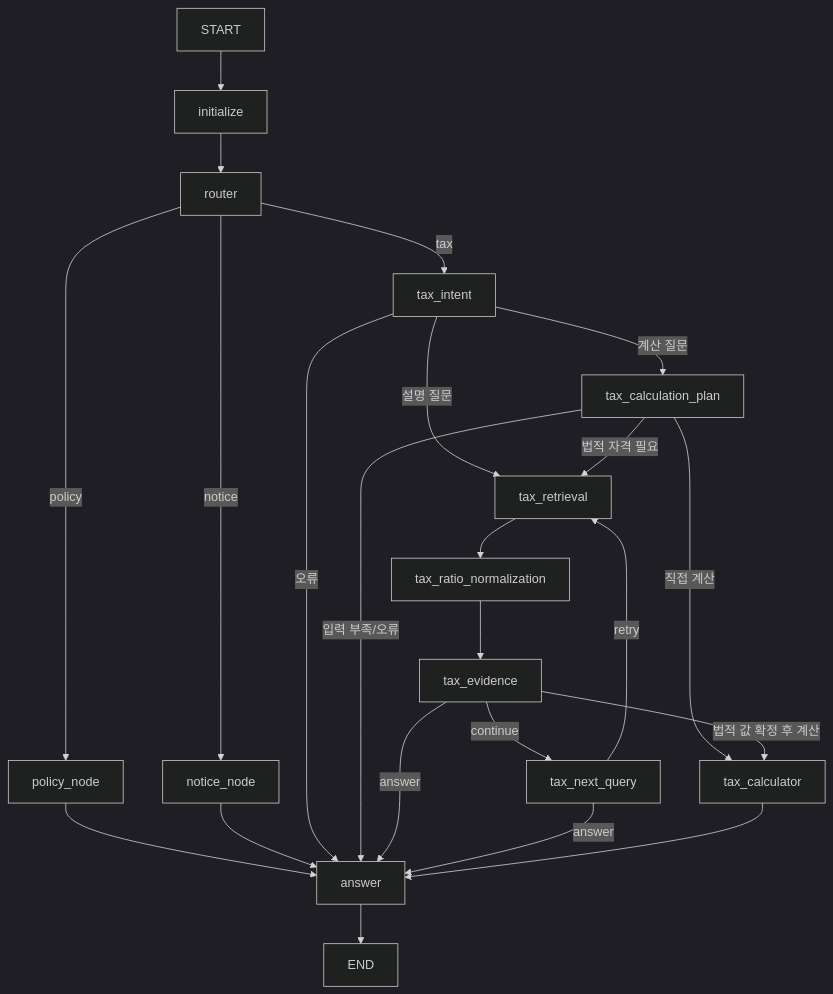
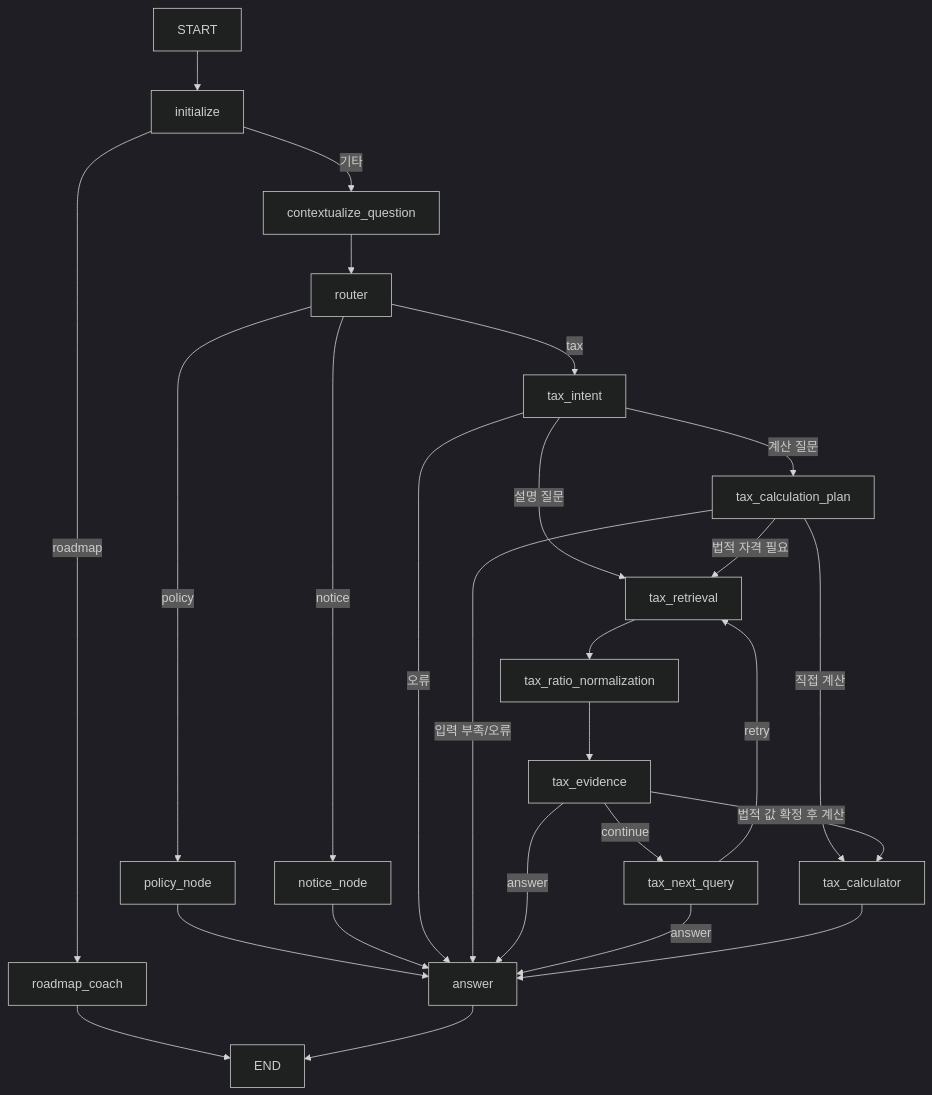
Before and after one commit to SKNETWORKS-FAMILY-AICAMP/SKN34-3rd-3Team: the diagram in LLM/LANGGRAPH_ARCHITECTURE.md, drawn with Mermaid (dark theme). The commit also changed other lines of this file and 24 other files, not shown here.

````diff
--- a/LLM/LANGGRAPH_ARCHITECTURE.md
+++ b/LLM/LANGGRAPH_ARCHITECTURE.md
@@ -132,33 +146,36 @@
 ```mermaid
 flowchart TD
     START --> initialize
-    initialize --> router
+    initialize -->|roadmap| roadmap_coach
+    roadmap_coach --> END
+    initialize -->|기타| contextualize_question
+    contextualize_question --> router
 
     router -->|policy| policy_node
     policy_node --> answer
 
     router -->|notice| notice_node
     notice_node --> answer
 
     router -->|tax| tax_intent
     tax_intent -->|설명 질문| tax_retrieval
     tax_intent -->|계산 질문| tax_calculation_plan
     tax_intent -->|오류| answer
 
     tax_calculation_plan -->|입력 부족/오류| answer
     tax_calculation_plan -->|직접 계산| tax_calculator
     tax_calculation_plan -->|법적 자격 필요| tax_retrieval
 
     tax_retrieval --> tax_ratio_normalization
     tax_ratio_normalization --> tax_evidence
 
     tax_evidence -->|continue| tax_next_query
     tax_evidence -->|answer| answer
     tax_evidence -->|법적 값 확정 후 계산| tax_calculator
 
     tax_next_query -->|retry| tax_retrieval
     tax_next_query -->|answer| answer
 
     tax_calculator --> answer
     answer --> END
 ```
````
